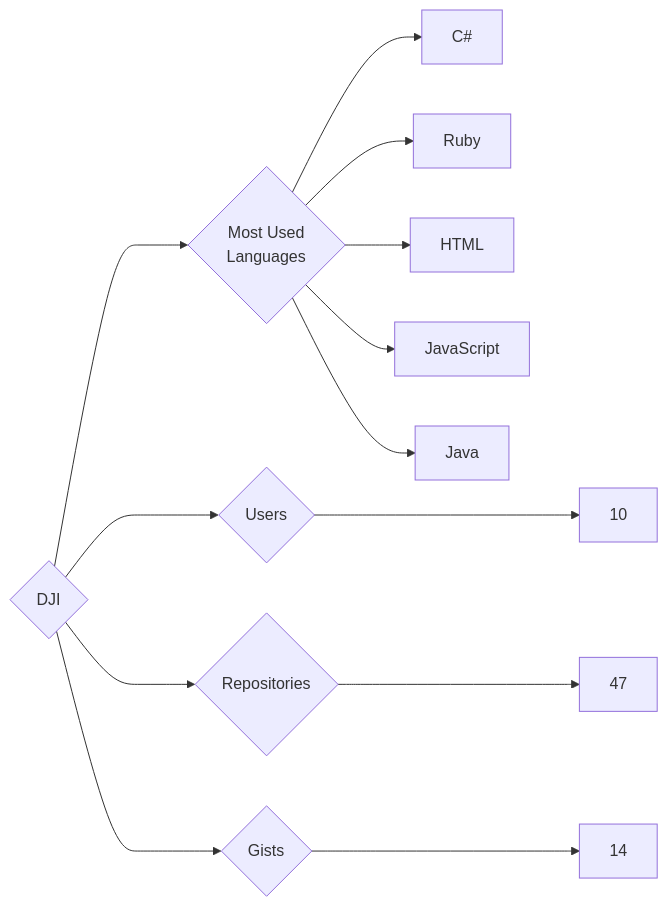
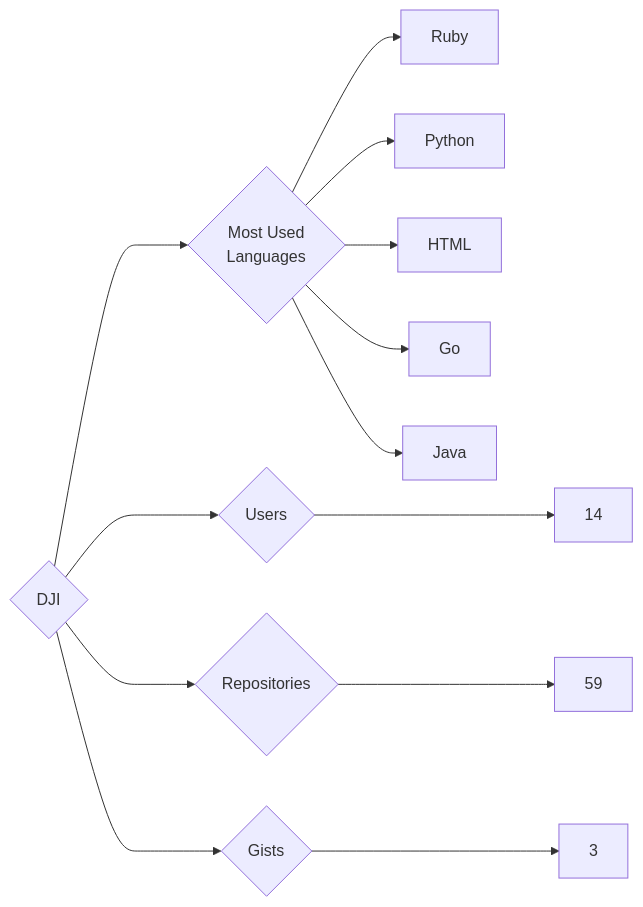
The diagram in targets/DJI/README.md (trickest/insiders), drawn with Mermaid before and after one commit. The commit also changed 872 other files, not shown here.

````diff
--- a/targets/DJI/README.md
+++ b/targets/DJI/README.md
@@ -3,13 +3,13 @@
 ```mermaid
 graph LR
 COMPANY_NAME{DJI}
-COMPANY_NAME ---> U{Users} ---> UN[10]
-COMPANY_NAME ---> R{Repositories} ---> RN[47]
-COMPANY_NAME ---> G{Gists} ---> GN[14]
+COMPANY_NAME ---> U{Users} ---> UN[14]
+COMPANY_NAME ---> R{Repositories} ---> RN[59]
+COMPANY_NAME ---> G{Gists} ---> GN[3]
 COMPANY_NAME ---> ML{Most Used<br>Languages}
-ML --> C#[C#]
 ML --> Ruby[Ruby]
+ML --> Python[Python]
 ML --> HTML[HTML]
-ML --> JavaScript[JavaScript]
+ML --> Go[Go]
 ML --> Java[Java]
 ```
````
